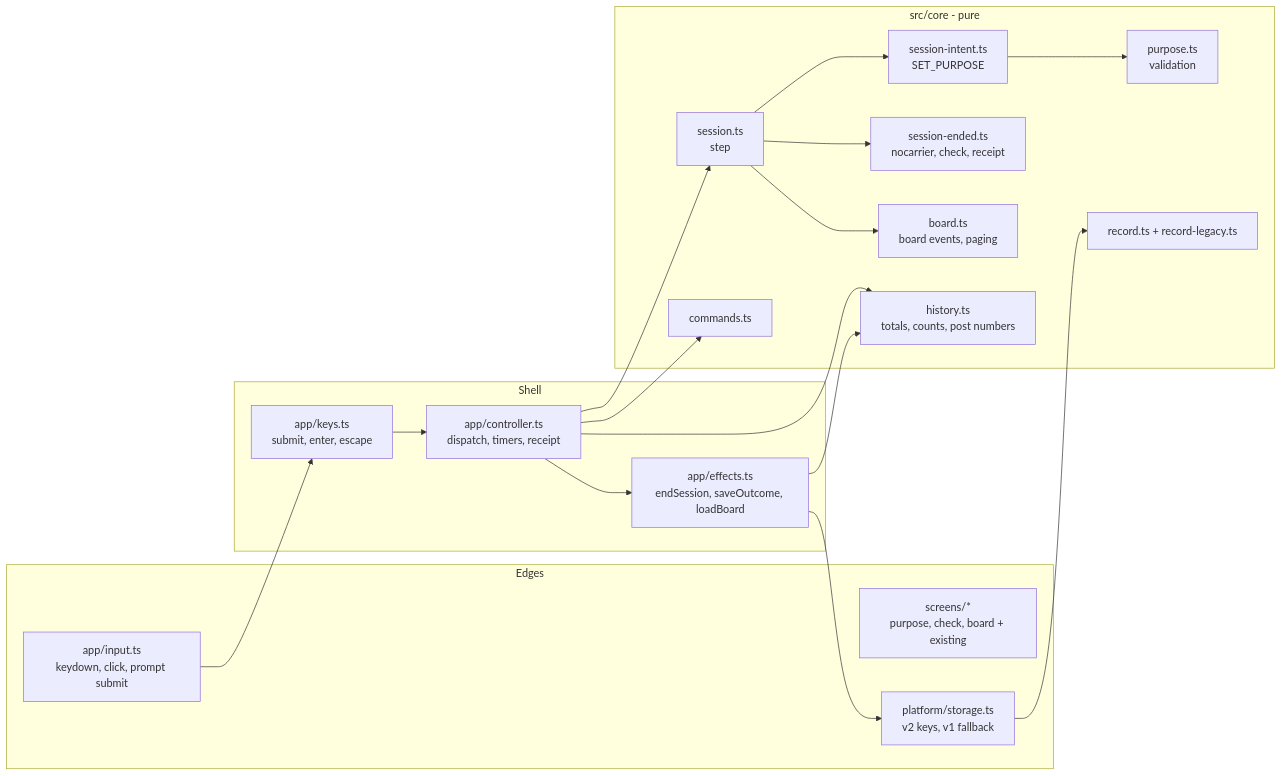
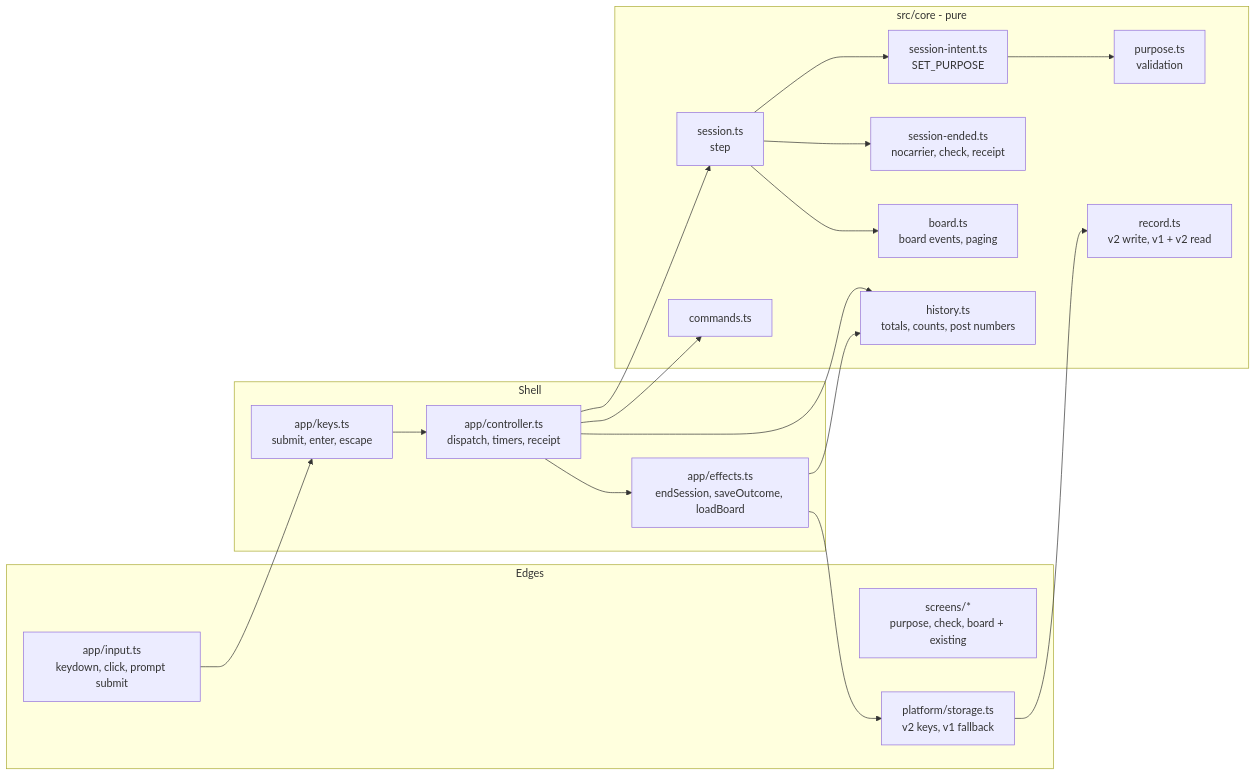
The first of 2 diagrams in .kiro/specs/blueline-purpose-board/design.md (jasonethicseo/blueline), drawn with Mermaid before and after one commit. The commit also changed other lines of this file and 13 other files, not shown here.

````diff
--- a/.kiro/specs/blueline-purpose-board/design.md
+++ b/.kiro/specs/blueline-purpose-board/design.md
@@ -52,31 +52,31 @@
 ```mermaid
 flowchart LR
   subgraph Edges
     IN[app/input.ts<br/>keydown, click, prompt submit]
     SCR[screens/*<br/>purpose, check, board + existing]
     PLAT[platform/storage.ts<br/>v2 keys, v1 fallback]
   end
   subgraph Shell
     CTRL[app/controller.ts<br/>dispatch, timers, receipt]
     KEYS[app/keys.ts<br/>submit, enter, escape]
     FX[app/effects.ts<br/>endSession, saveOutcome, loadBoard]
   end
   subgraph Core [src/core - pure]
     SES[session.ts<br/>step]
     INT[session-intent.ts<br/>SET_PURPOSE]
     END[session-ended.ts<br/>nocarrier, check, receipt]
     BRD[board.ts<br/>board events, paging]
     PUR[purpose.ts<br/>validation]
-    REC[record.ts + record-legacy.ts]
+    REC[record.ts<br/>v2 write, v1 + v2 read]
     HIS[history.ts<br/>totals, counts, post numbers]
     CMD[commands.ts]
   end
   IN --> KEYS --> CTRL
   CTRL --> SES
   SES --> INT & END & BRD
   INT --> PUR
   CTRL --> FX --> PLAT
   FX --> HIS
   PLAT --> REC
   CTRL --> HIS & CMD
 ```
````
